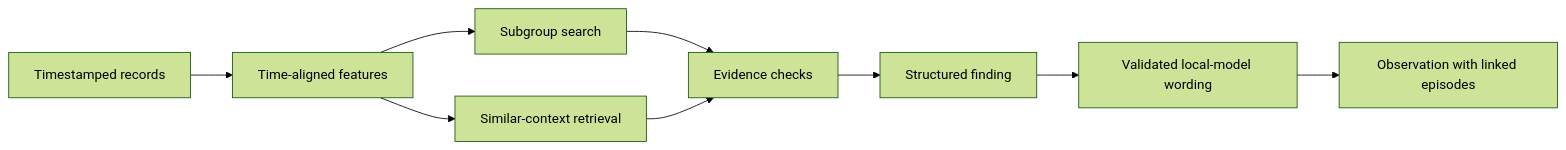
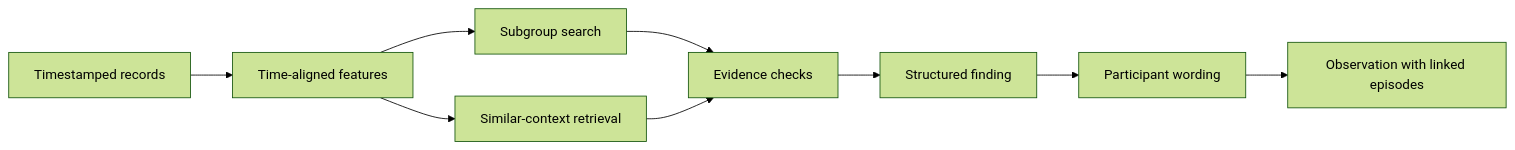
The diagram in README.md (LilMasala/InSite-Research), drawn with Mermaid (forest theme) before and after one commit. The commit also changed other lines of this file and 10 other files, not shown here.

````diff
--- a/README.md
+++ b/README.md
@@ -96,11 +96,11 @@
 ```mermaid
 flowchart LR
     A[Timestamped records] --> B[Time-aligned features]
     B --> C[Subgroup search]
     B --> D[Similar-context retrieval]
     C --> E[Evidence checks]
     D --> E
     E --> F[Structured finding]
-    F --> G[Validated local-model wording]
+    F --> G[Participant wording]
     G --> H[Observation with linked episodes]
 ```
````
